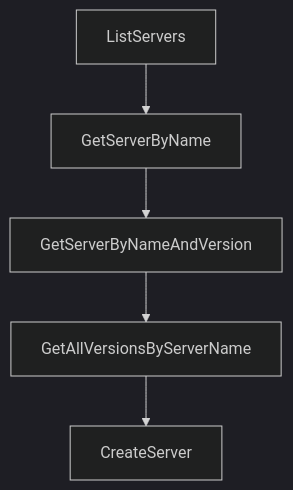
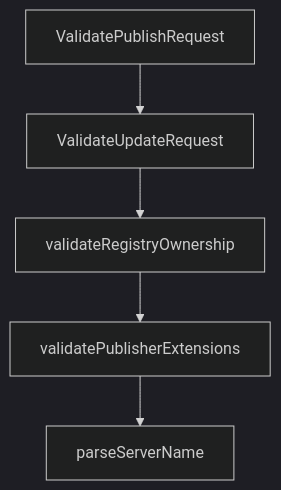
One commit to johnxie/awesome-code-docs changed the diagram in tutorials/mcp-registry-tutorial/04-authentication-models-and-namespace-ownership.md. Above: the diagram before and after it, drawn with Mermaid (dark theme). The commit also changed other lines of this file and 1232 other files, not shown here.

````diff
--- a/tutorials/mcp-registry-tutorial/04-authentication-models-and-namespace-ownership.md
+++ b/tutorials/mcp-registry-tutorial/04-authentication-models-and-namespace-ownership.md
@@ -219,12 +217,12 @@
 ```mermaid
 flowchart TD
-    A[ListServers]
-    B[GetServerByName]
-    C[GetServerByNameAndVersion]
-    D[GetAllVersionsByServerName]
-    E[CreateServer]
+    A[ValidatePublishRequest]
+    B[ValidateUpdateRequest]
+    C[validateRegistryOwnership]
+    D[validatePublisherExtensions]
+    E[parseServerName]
     A --> B
     B --> C
     C --> D
     D --> E
 ```
````
